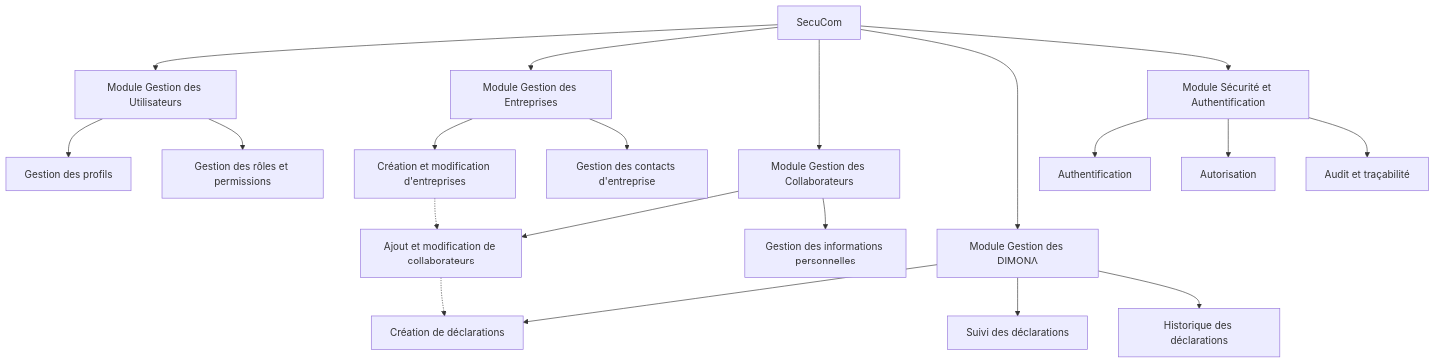
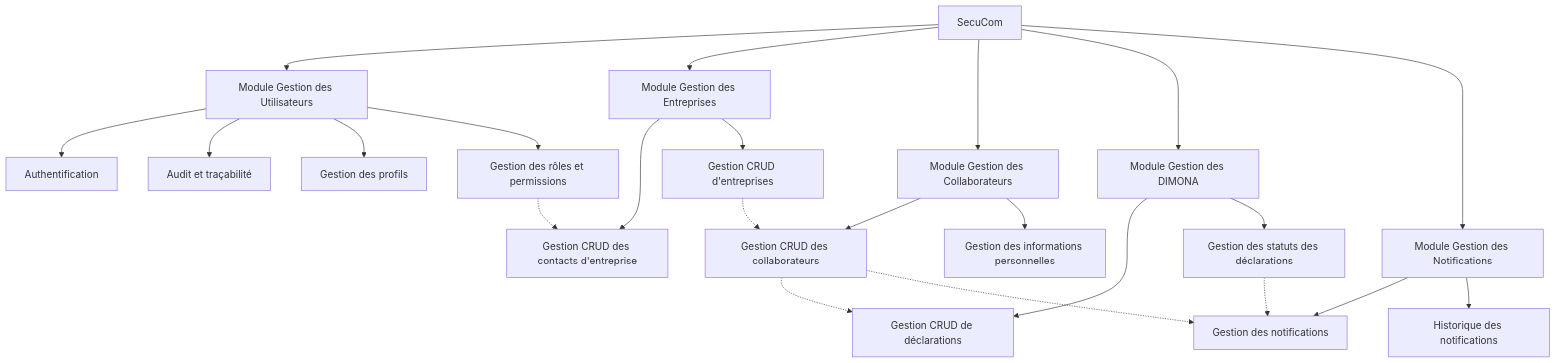
One commit to Medinhoo/SecuCom_BACKEND changed the first of 6 diagrams in diagrammes_mermaid.md. Above: the diagram before and after it, drawn with Mermaid. The commit also changed other lines of this file and 4 other files, not shown here.

Commit message:
TFE: chapitre 6 sans Sequences Diagram

````diff
--- a/diagrammes_mermaid.md
+++ b/diagrammes_mermaid.md
@@ -5,28 +5,33 @@
 ```mermaid
 graph TD
     A[SecuCom] --> B[Module Gestion des Utilisateurs]
     A --> C[Module Gestion des Entreprises]
     A --> D[Module Gestion des Collaborateurs]
     A --> E[Module Gestion des DIMONA]
-    A --> G[Module Sécurité et Authentification]
+    A --> F[Module Gestion des Notifications]
     
+    B --> B3[Authentification]
+    B --> B4[Audit et traçabilité]
     B --> B1[Gestion des profils]
     B --> B2[Gestion des rôles et permissions]
     
-    C --> C1[Création et modification d'entreprises]
-    C --> C2[Gestion des contacts d'entreprise]
+    C --> C2[Gestion CRUD des contacts d'entreprise]
+    C --> C1[Gestion CRUD d'entreprises]
     
-    D --> D1[Ajout et modification de collaborateurs]
+    D --> D1[Gestion CRUD des collaborateurs]
     D --> D2[Gestion des informations personnelles]
     
-    E --> E1[Création de déclarations]
-    E --> E2[Suivi des déclarations]
-    E --> E3[Historique des déclarations]
+    E --> E1[Gestion CRUD de déclarations]
+    E --> E3[Gestion des statuts des déclarations]
     
-    G --> G1[Authentification]
-    G --> G2[Autorisation]
-    G --> G3[Audit et traçabilité]
+    F --> F1[Gestion des notifications]
+    F --> F3[Historique des notifications]
     
+    B2 -.-> C2
     C1 -.-> D1
     D1 -.-> E1
+    
+    %% Connexions avec le module de notifications
+    E3 -.-> F1
+    D1 -.-> F1
 ```
````
